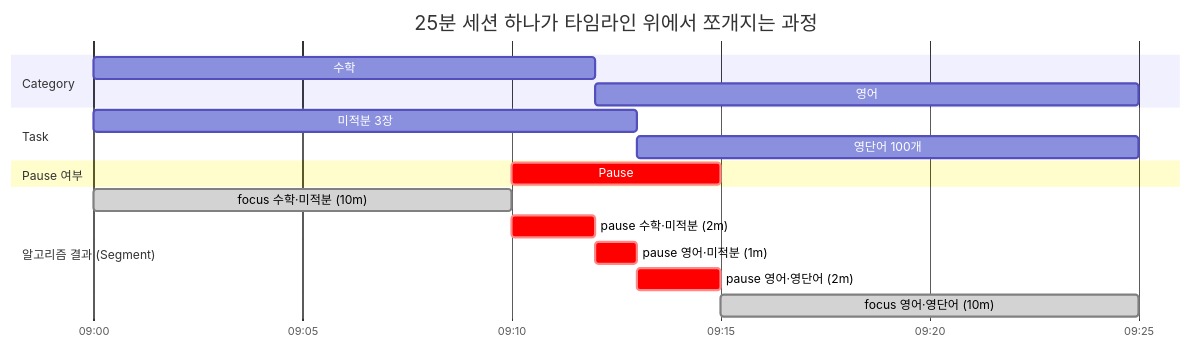
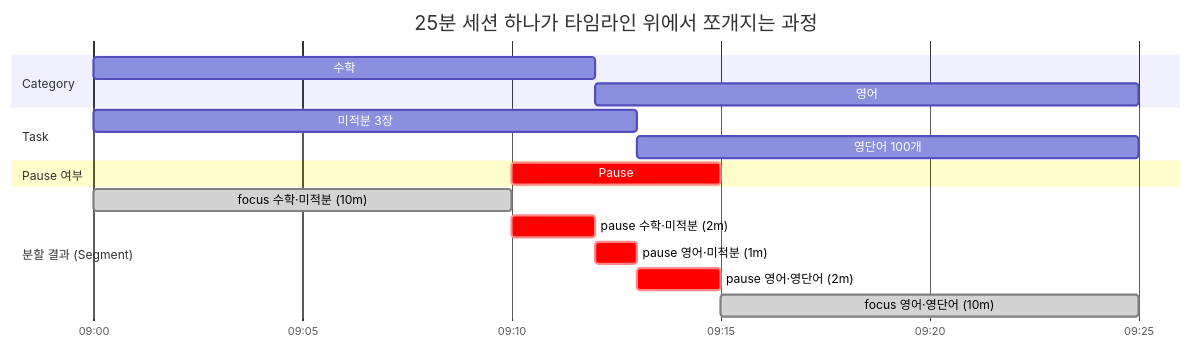
One commit to Yonghwan-Song/pomodoro-doc changed the first of 5 diagrams in docs/problem-solving.mdx. Above: the diagram before and after it, drawn with Mermaid. The commit also changed 13 other files, not shown here.

````diff
--- a/docs/problem-solving.mdx
+++ b/docs/problem-solving.mdx
@@ -563,24 +563,24 @@
 ```mermaid
 gantt
     title 25분 세션 하나가 타임라인 위에서 쪼개지는 과정
     dateFormat HH:mm
     axisFormat %H:%M
 
     section Category
     수학                 :a1, 09:00, 12m
     영어                 :a2, 09:12, 13m
 
     section Task
     미적분 3장            :b1, 09:00, 13m
     영단어 100개          :b2, 09:13, 12m
 
     section Pause 여부
     Pause                :crit, c1, 09:10, 5m
 
-    section 알고리즘 결과 (Segment)
+    section 분할 결과 (Segment)
     focus 수학·미적분 (10m)  :done, d1, 09:00, 10m
     pause 수학·미적분 (2m)   :crit, d2, 09:10, 2m
     pause 영어·미적분 (1m)   :crit, d3, 09:12, 1m
     pause 영어·영단어 (2m)   :crit, d4, 09:13, 2m
     focus 영어·영단어 (10m)  :done, d5, 09:15, 10m
 ```
````
